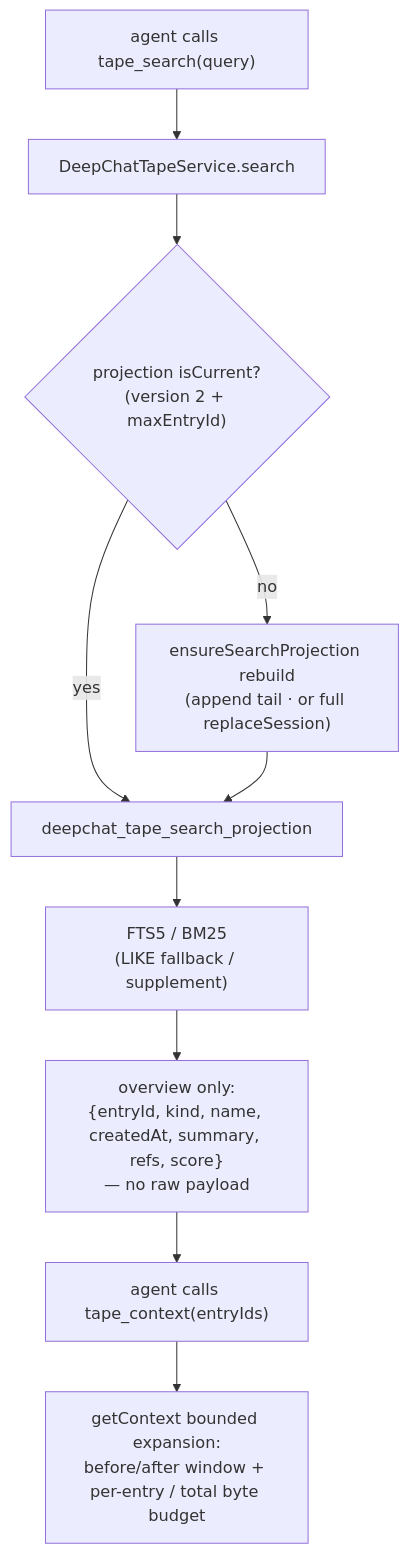
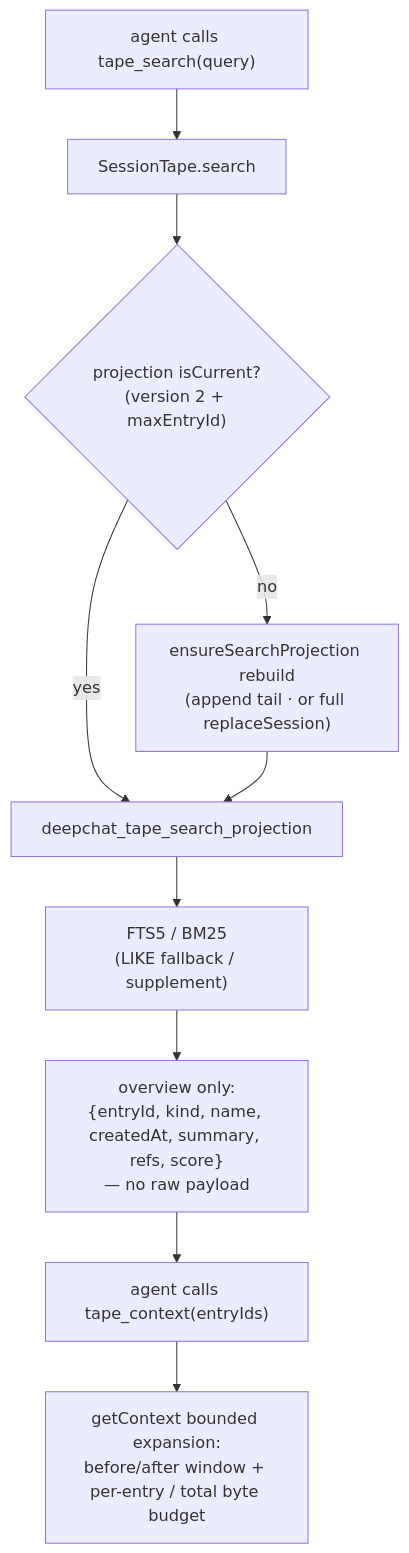
Before and after one commit to ThinkInAIXYZ/deepchat: the sixth of 6 diagrams in docs/architecture/agent-memory-system/spec.md, drawn with Mermaid. The commit also changed other lines of this file and 59 other files, not shown here.

````diff
--- a/docs/architecture/agent-memory-system/spec.md
+++ b/docs/architecture/agent-memory-system/spec.md
@@ -697,12 +697,12 @@
 ```mermaid
 flowchart TD
-  AG["agent calls tape_search(query)"] --> TS["DeepChatTapeService.search"]
+  AG["agent calls tape_search(query)"] --> TS["SessionTape.search"]
   TS --> CURP{"projection isCurrent?<br/>(version 2 + maxEntryId)"}
   CURP -- no --> RB["ensureSearchProjection rebuild<br/>(append tail · or full replaceSession)"]
   CURP -- yes --> PJ["deepchat_tape_search_projection"]
   RB --> PJ
   PJ --> BM["FTS5 / BM25<br/>(LIKE fallback / supplement)"]
   BM --> OV["overview only:<br/>{entryId, kind, name, createdAt, summary, refs, score}<br/>— no raw payload"]
   OV --> TC["agent calls tape_context(entryIds)"]
   TC --> EXP["getContext bounded expansion:<br/>before/after window + per-entry / total byte budget"]
 ```
````
